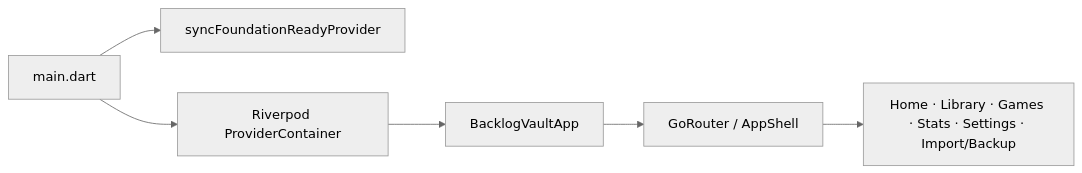
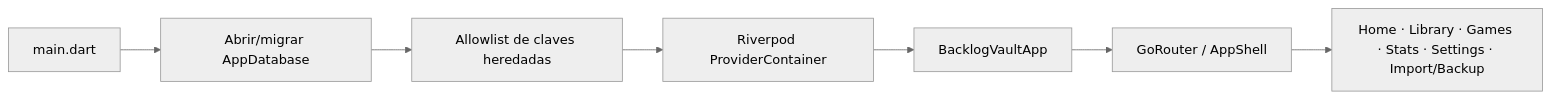
The first of 3 diagrams in docs/architecture/current_architecture.md (FedericoGR/Backlog-Vault), drawn with Mermaid (neutral theme) before and after one commit. The commit also changed other lines of this file and 12 other files, not shown here.

````diff
--- a/docs/architecture/current_architecture.md
+++ b/docs/architecture/current_architecture.md
@@ -7,8 +13,9 @@
 ```mermaid
 flowchart LR
-  Main["main.dart"] --> SyncInit["syncFoundationReadyProvider"]
-  Main --> Scope["Riverpod ProviderContainer"]
+  Main["main.dart"] --> DBOpen["Abrir/migrar AppDatabase"]
+  DBOpen --> Cleanup["Allowlist de claves heredadas"]
+  Cleanup --> Scope["Riverpod ProviderContainer"]
   Scope --> App["BacklogVaultApp"]
   App --> Router["GoRouter / AppShell"]
   Router --> Screens["Home · Library · Games · Stats · Settings · Import/Backup"]
 ```
````
